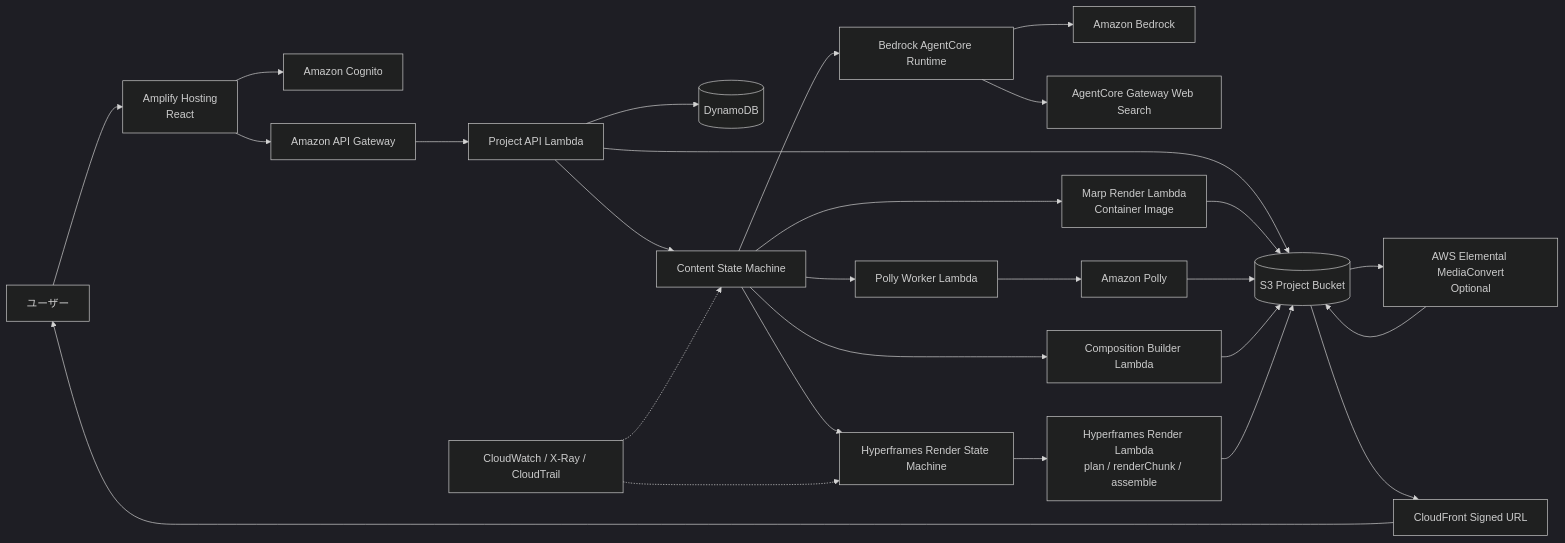
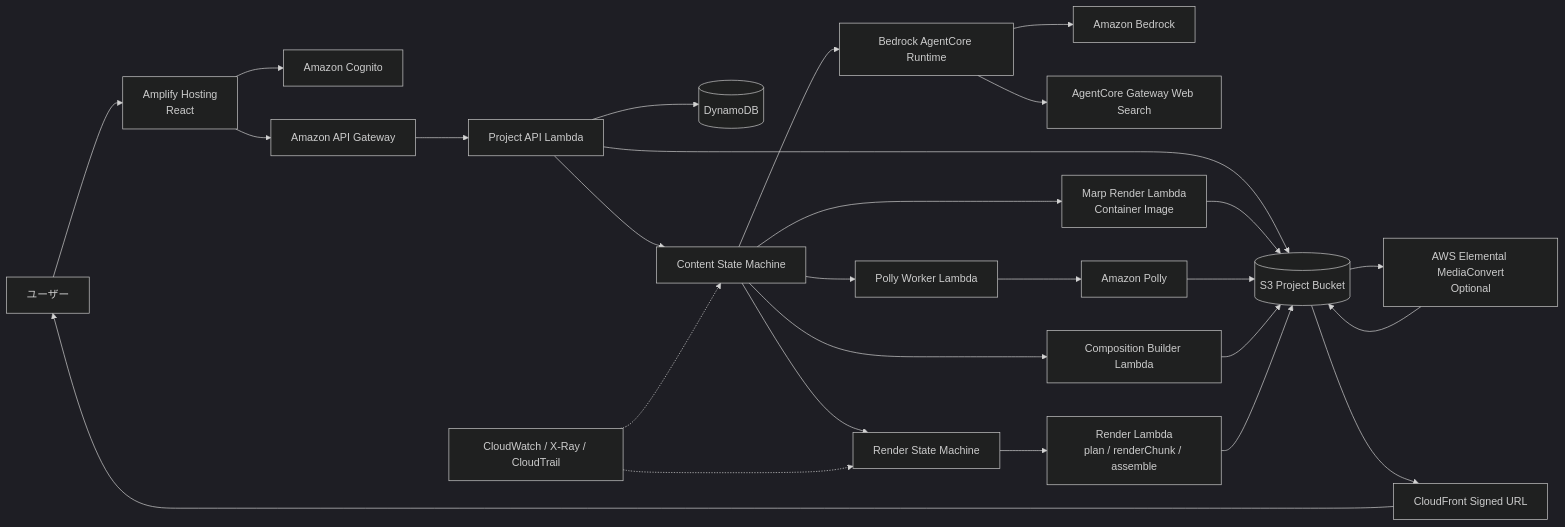
The diagram in slide-first-ai-video-design.md (hide-G/slide-first-ai-video), drawn with Mermaid (dark theme) before and after one commit. The commit also changed other lines of this file, not shown here.

````diff
--- a/slide-first-ai-video-design.md
+++ b/slide-first-ai-video-design.md
@@ -481,33 +659,33 @@
 ```mermaid
 flowchart LR
-    U[ユーザー] --> WEB[Amplify Hosting\nReact]
+    U[ユーザー] --> WEB["Amplify Hosting<br/>React"]
     WEB --> AUTH[Amazon Cognito]
     WEB --> API[Amazon API Gateway]
     API --> PROJECT[Project API Lambda]
     PROJECT --> DDB[(DynamoDB)]
     PROJECT --> S3[(S3 Project Bucket)]
     PROJECT --> GEN[Content State Machine]
 
     GEN --> AGENT[Bedrock AgentCore Runtime]
     AGENT --> BR[Amazon Bedrock]
     AGENT --> SEARCH[AgentCore Gateway Web Search]
-    GEN --> MARP[Marp Render Lambda\nContainer Image]
+    GEN --> MARP["Marp Render Lambda<br/>Container Image"]
     MARP --> S3
     GEN --> VOICE[Polly Worker Lambda]
     VOICE --> POLLY[Amazon Polly]
     POLLY --> S3
     GEN --> BUILD[Composition Builder Lambda]
     BUILD --> S3
 
-    GEN --> HF[Hyperframes Render State Machine]
-    HF --> HFL[Hyperframes Render Lambda\nplan / renderChunk / assemble]
+    GEN --> HF[Render State Machine]
+    HF --> HFL["Render Lambda<br/>plan / renderChunk / assemble"]
     HFL --> S3
 
-    S3 --> MC[AWS Elemental MediaConvert\nOptional]
+    S3 --> MC["AWS Elemental MediaConvert<br/>Optional"]
     MC --> S3
     S3 --> CDN[CloudFront Signed URL]
     CDN --> U
 
     CW[CloudWatch / X-Ray / CloudTrail] -.-> GEN
     CW -.-> HF
 ```
````
